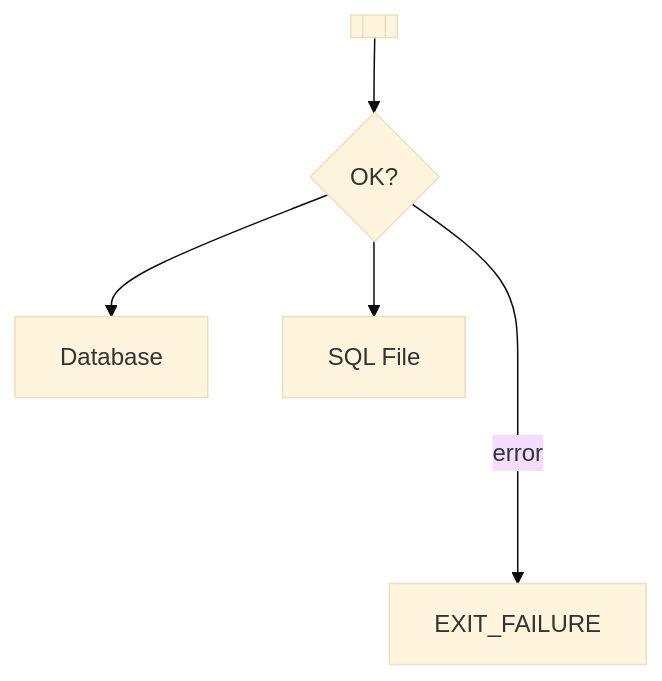
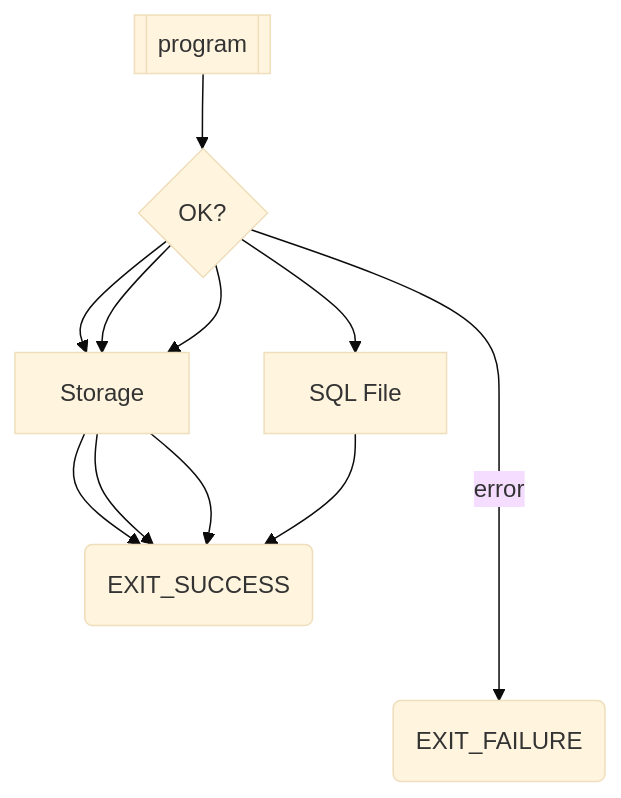
Before and after one commit to Zheng-Bote/qt_files_photo-gallery: the first of 6 diagrams in README.md, drawn with Mermaid (base theme). The commit also changed other lines of this file, not shown here.

Commit message:
upd: Mermaid

````diff
--- a/README.md
+++ b/README.md
@@ -296,7 +301,7 @@
 ```mermaid
 flowchart TD;
-A[[<program>]] --> B{OK?}
-B --> D[Database]
-B --> C[SQL File]
-B ---->|error| E[EXIT_FAILURE]
+A[[program]] --> B{OK?}
+B --> D[Storage] & D[Database] --> F(EXIT_SUCCESS)
+B --> D[Storage] & C[SQL File] --> F(EXIT_SUCCESS)
+B ---->|error| E(EXIT_FAILURE)
 ```
````
